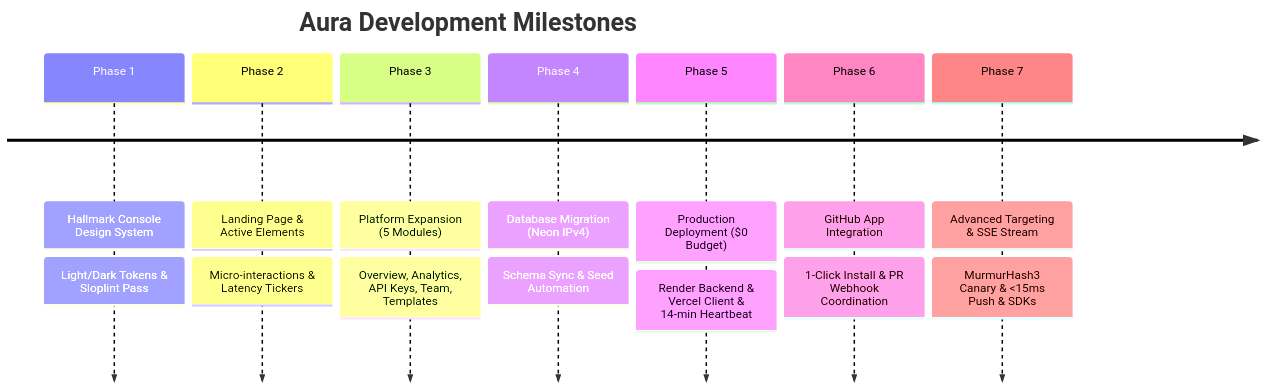
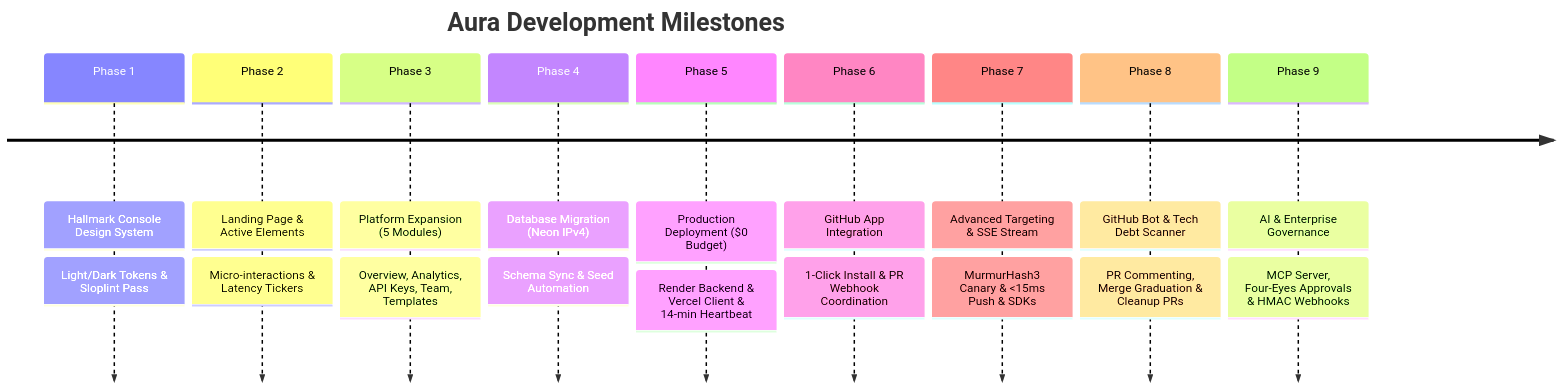
One commit to sgavankar43/Aura-spring- changed the second of 3 diagrams in PROJECT_ROADMAP_AND_PROGRESS.md. Above: the diagram before and after it, drawn with Mermaid. The commit also changed other lines of this file and 39 other files, not shown here.

Commit message:
feat(phase-9): implement Model Context Protocol (MCP) server, Four-Eyes approval governance, outbound signed webhooks, and UI

````diff
--- a/PROJECT_ROADMAP_AND_PROGRESS.md
+++ b/PROJECT_ROADMAP_AND_PROGRESS.md
@@ -47,11 +52,13 @@
 ```mermaid
 timeline
     title Aura Development Milestones
     Phase 1 : Hallmark Console Design System : Light/Dark Tokens & Sloplint Pass
     Phase 2 : Landing Page & Active Elements : Micro-interactions & Latency Tickers
     Phase 3 : Platform Expansion (5 Modules) : Overview, Analytics, API Keys, Team, Templates
     Phase 4 : Database Migration (Neon IPv4) : Schema Sync & Seed Automation
     Phase 5 : Production Deployment ($0 Budget) : Render Backend & Vercel Client & 14-min Heartbeat
     Phase 6 : GitHub App Integration : 1-Click Install & PR Webhook Coordination
     Phase 7 : Advanced Targeting & SSE Stream : MurmurHash3 Canary & <15ms Push & SDKs
+    Phase 8 : GitHub Bot & Tech Debt Scanner : PR Commenting, Merge Graduation & Cleanup PRs
+    Phase 9 : AI & Enterprise Governance : MCP Server, Four-Eyes Approvals & HMAC Webhooks
 ```
````
